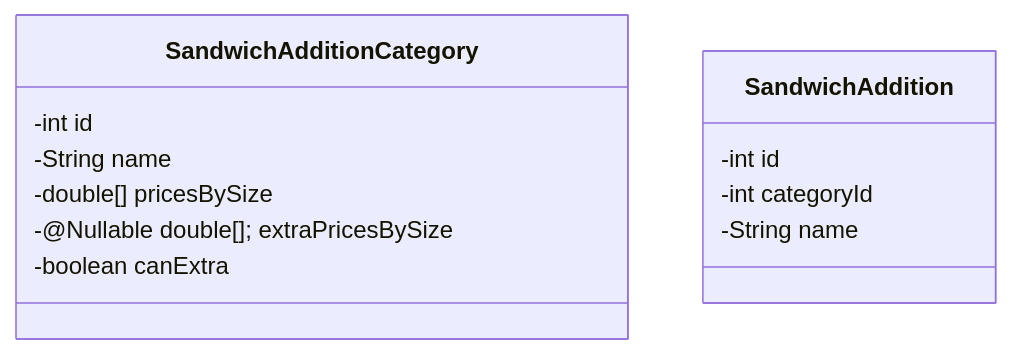
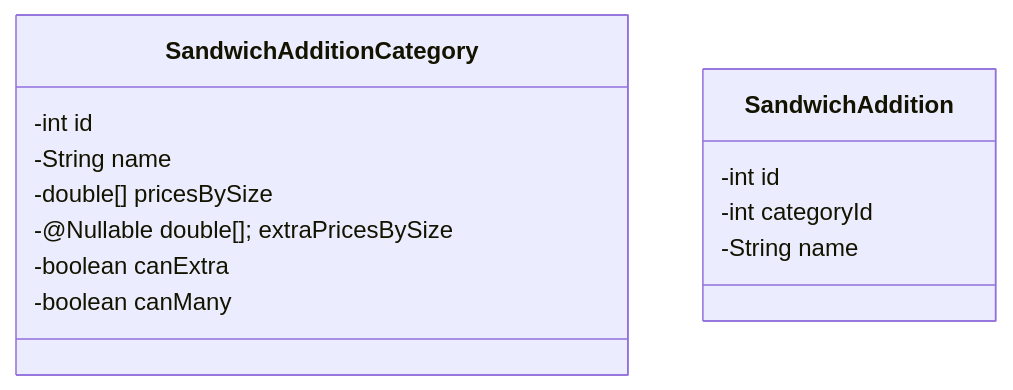
The third of 4 diagrams in diagrams/class_diagrams.md (yuujn/nuclear-subs), drawn with Mermaid before and after one commit. The commit also changed 2 other files, not shown here.

Commit message:
add can-many to category data file
This field describes whether the customer is allowed to select any number of components from a category

````diff
--- a/diagrams/class_diagrams.md
+++ b/diagrams/class_diagrams.md
@@ -71,15 +71,16 @@
 ```mermaid
 classDiagram
     class SandwichAdditionCategory {
         -int id
         -String name
         -double[] pricesBySize
         -@Nullable double[]; extraPricesBySize
         -boolean canExtra
+        -boolean canMany
     }
     class SandwichAddition {
         -int id
         -int categoryId
         -String name
     }
 ```
````
